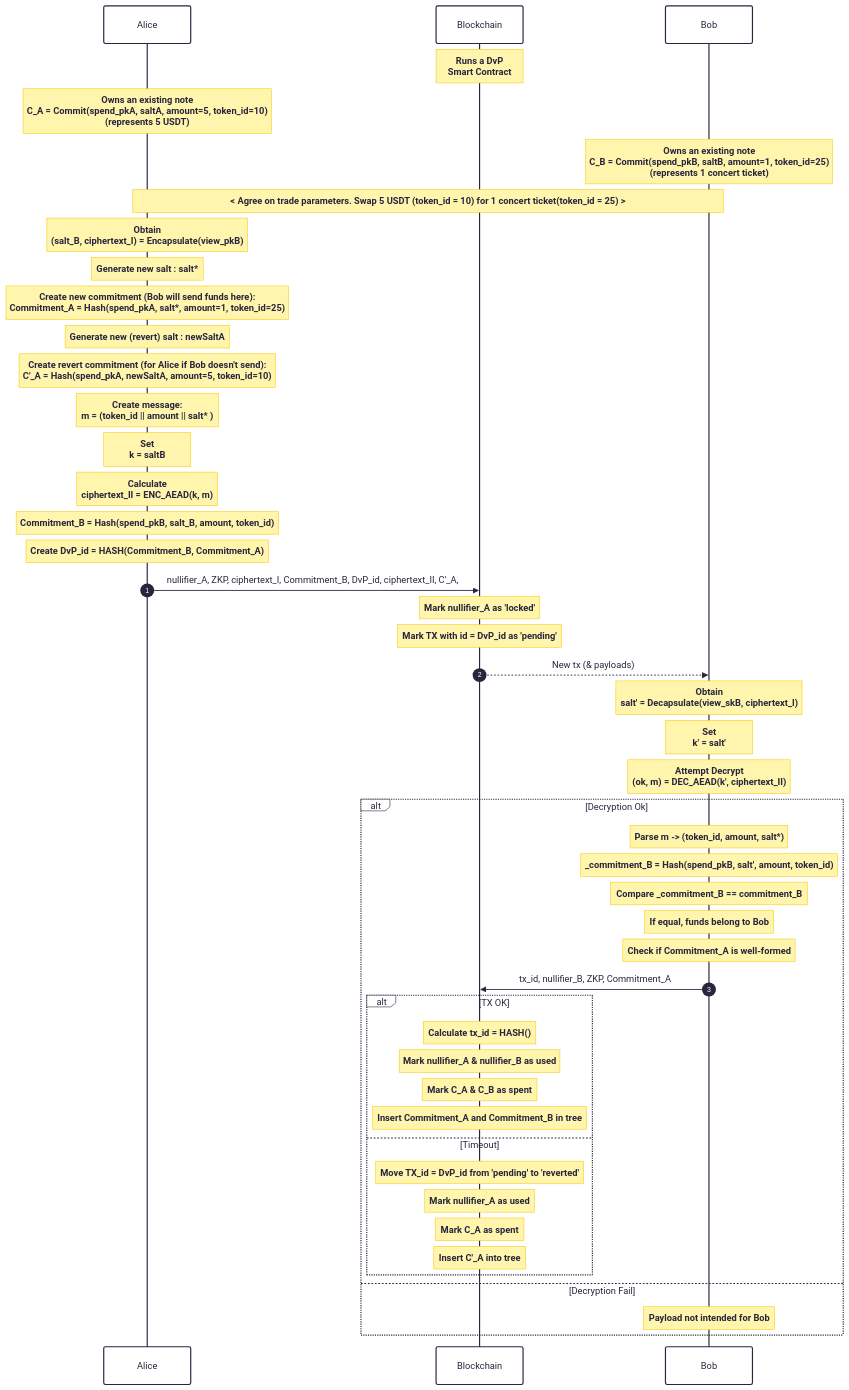
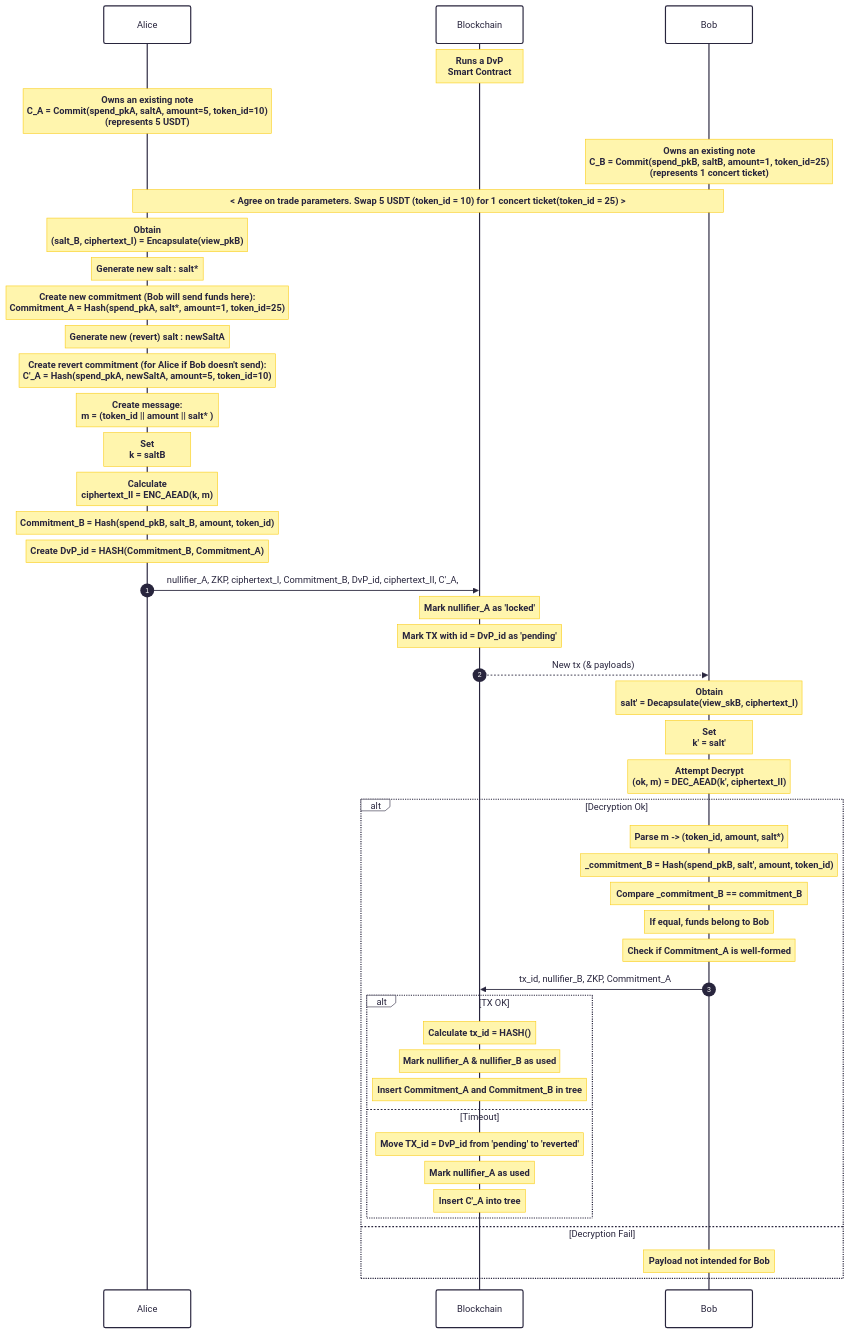
One commit to yaksetig/Enygma changed the fourth of 4 diagrams in enygma_dvp/protocol_description.md. Above: the diagram before and after it, drawn with Mermaid.

````diff
--- a/enygma_dvp/protocol_description.md
+++ b/enygma_dvp/protocol_description.md
@@ -119,77 +119,75 @@
 ```mermaid
 ---
 config:
   theme: redux
 ---
 sequenceDiagram
     autonumber
     participant Alice
     participant Chain as Blockchain
     participant Bob
 
     note over Chain: Runs a DvP<br>Smart Contract
 
     Note over Alice: Owns an existing note<br>C_A = Commit(spend_pkA, saltA, amount=5, token_id=10)<br>(represents 5 USDT)
     Note over Bob: Owns an existing note<br>C_B = Commit(spend_pkB, saltB, amount=1, token_id=25)<br>(represents 1 concert ticket)
 
     note over Alice, Bob: < Agree on trade parameters. Swap 5 USDT (token_id = 10) for 1 concert ticket(token_id = 25) > 
 
     note over Alice: Obtain <br>(salt_B, ciphertext_I) = Encapsulate(view_pkB)
 
     note over Alice: Generate new salt : salt*
     note over Alice: Create new commitment (Bob will send funds here): <br>Commitment_A = Hash(spend_pkA, salt*, amount=1, token_id=25)
     
     note over Alice: Generate new (revert) salt : newSaltA
     note over Alice: Create revert commitment (for Alice if Bob doesn't send): <br>C'_A = Hash(spend_pkA, newSaltA, amount=5, token_id=10)
 
     
 
     note over Alice: Create message:<br> m = (token_id || amount || salt* )
     note over Alice: Set<br> k = saltB
 
     note over Alice: Calculate<br> ciphertext_II = ENC_AEAD(k, m)
 
     note over Alice: Commitment_B = Hash(spend_pkB, salt_B, amount, token_id)
 
     note over Alice: Create DvP_id = HASH(Commitment_B, Commitment_A)
 
     Alice->>Chain: nullifier_A, ZKP, ciphertext_I, Commitment_B, DvP_id, ciphertext_II, C'_A,
 
     Note over Chain: Mark nullifier_A as 'locked'
     Note over Chain: Mark TX with id = DvP_id as 'pending'
 
     Chain-->>Bob: New tx (& payloads)
 
     note over Bob: Obtain<br>salt' = Decapsulate(view_skB, ciphertext_I)
     note over Bob: Set<br> k' = salt'
     note over Bob: Attempt Decrypt<br>(ok, m) = DEC_AEAD(k', ciphertext_II)
 
     alt Decryption Ok
         Note over Bob: Parse m -> (token_id, amount, salt*)
         Note over Bob: _commitment_B = Hash(spend_pkB, salt', amount, token_id)
         Note over Bob: Compare _commitment_B == commitment_B
         
         Note over Bob: If equal, funds belong to Bob
 
         Note over Bob: Check if Commitment_A is well-formed
 
         Bob ->> Chain: tx_id, nullifier_B, ZKP, Commitment_A
 
         alt TX OK
             Note over Chain: Calculate tx_id = HASH()
             Note over Chain: Mark nullifier_A & nullifier_B as used 
-            Note over Chain: Mark C_A & C_B as spent
 
             Note over Chain: Insert Commitment_A and Commitment_B in tree
         else Timeout
             Note over Chain: Move TX_id = DvP_id from 'pending' to 'reverted'
             Note over Chain: Mark nullifier_A as used 
-            Note over Chain: Mark C_A as spent
             Note over Chain: Insert C'_A into tree
         end
 
     else Decryption Fail
         Note over Bob: Payload not intended for Bob
     end
 
 ```
````
